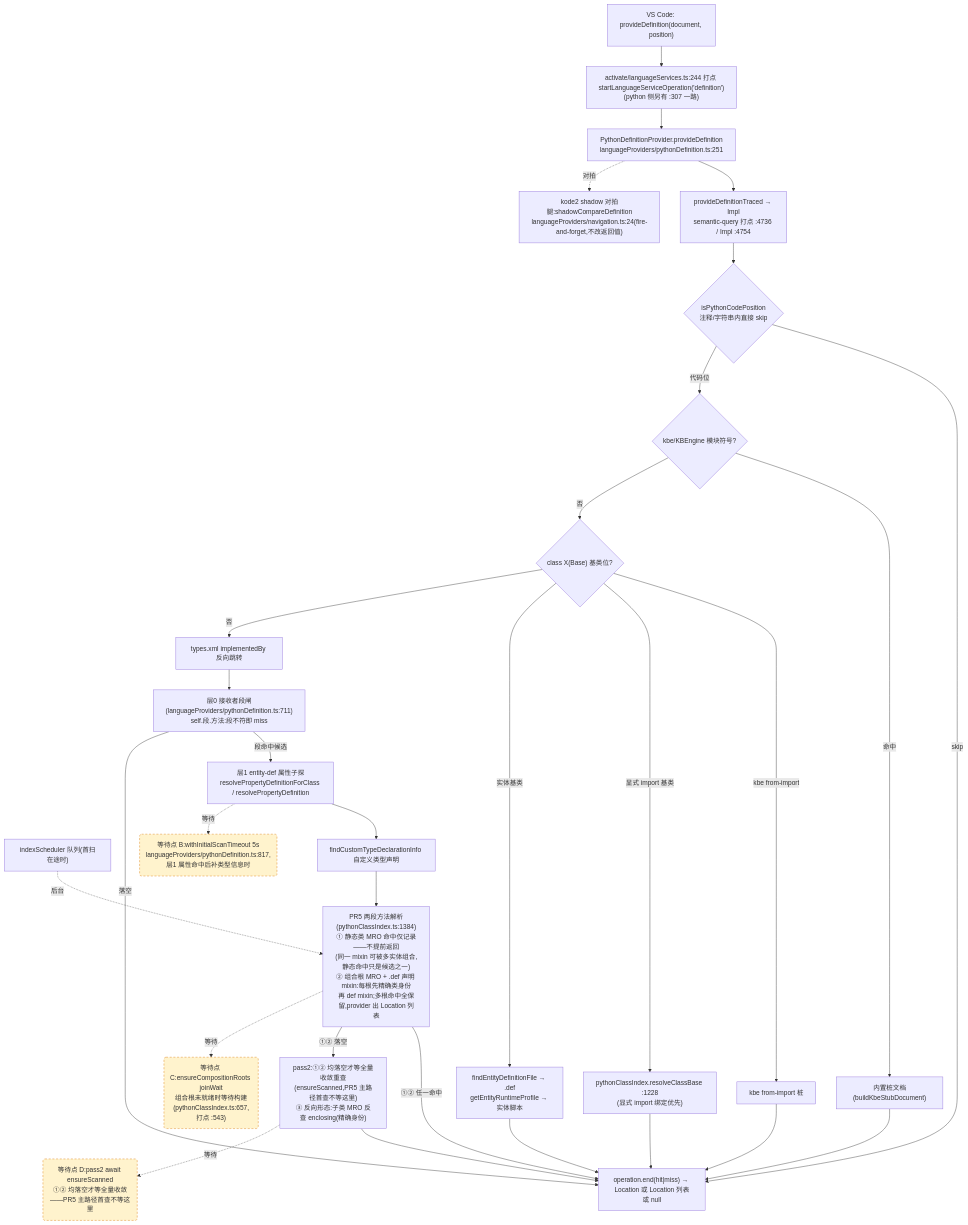
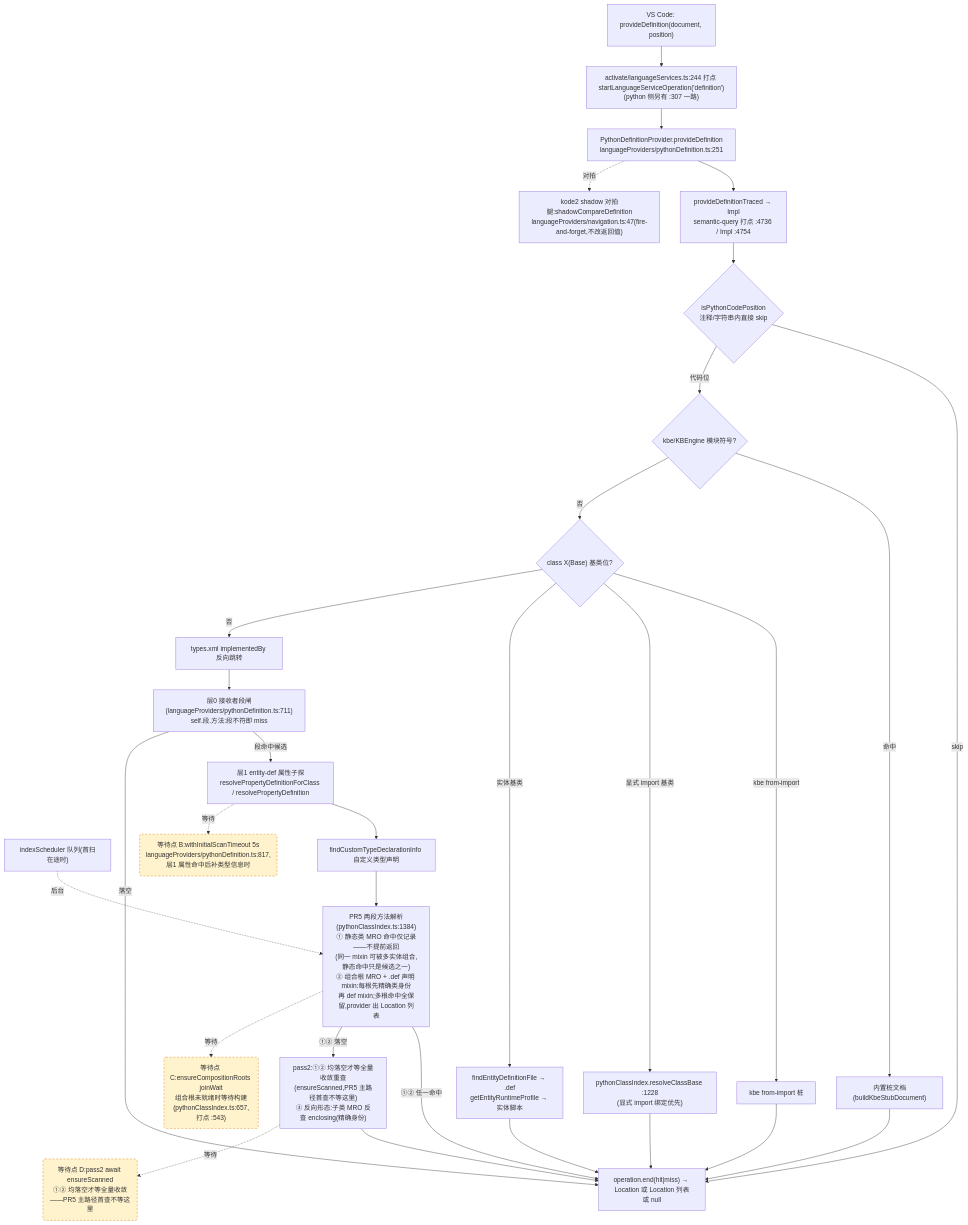
One commit to cuihairu/kode changed the second of 4 diagrams in docs/perf/2026-baseline.md. Above: the diagram before and after it, drawn with Mermaid. The commit also changed other lines of this file and 9 other files, not shown here.

````diff
--- a/docs/perf/2026-baseline.md
+++ b/docs/perf/2026-baseline.md
@@ -130,51 +130,51 @@
 ```mermaid
 flowchart TD
   VC2["VS Code: provideDefinition(document, position)"]
   M2["activate/languageServices.ts:244 打点 startLanguageServiceOperation('definition')<br/>(python 侧另有 :307 一路)"]
   AD2["PythonDefinitionProvider.provideDefinition<br/>languageProviders/pythonDefinition.ts:251"]
   TR["provideDefinitionTraced → Impl<br/>semantic-query 打点 :4736 / Impl :4754"]
   CTX{"isPythonCodePosition<br/>注释/字符串内直接 skip"}
   KBE{"kbe/KBEngine 模块符号?"}
   STUB["内置桩文档(buildKbeStubDocument)"]
   CB{"class X(Base) 基类位?"}
   CB1["kbe from-import 桩"]
   CB2["pythonClassIndex.resolveClassBase :1228<br/>(显式 import 绑定优先)"]
   CB3["findEntityDefinitionFile → .def<br/>getEntityRuntimeProfile → 实体脚本"]
   REV["types.xml implementedBy 反向跳转"]
   L0["层0 接收者段闸(languageProviders/pythonDefinition.ts:711)<br/>self.段.方法:段不符即 miss"]
   L1["层1 entity-def 属性子探<br/>resolvePropertyDefinitionForClass / resolvePropertyDefinition"]
   SCAN["indexScheduler 队列(首扫在途时)"]
   TY["findCustomTypeDeclarationInfo 自定义类型声明"]
   MRO["PR5 两段方法解析(pythonClassIndex.ts:1384)<br/>① 静态类 MRO 命中仅记录——不提前返回<br/>(同一 mixin 可被多实体组合,静态命中只是候选之一)<br/>② 组合根 MRO + .def 声明 mixin:每根先精确类身份<br/>再 def mixin;多根命中全保留,provider 出 Location 列表"]
   PASS2["pass2:①② 均落空才等全量收敛重查<br/>(ensureScanned,PR5 主路径首查不等这里)<br/>③ 反向形态:子类 MRO 反查 enclosing(精确身份)"]
-  SHD["kode2 shadow 对拍腿:shadowCompareDefinition<br/>languageProviders/navigation.ts:24(fire-and-forget,不改返回值)"]
+  SHD["kode2 shadow 对拍腿:shadowCompareDefinition<br/>languageProviders/navigation.ts:47(fire-and-forget,不改返回值)"]
   END2["operation.end(hit|miss) → Location 或 Location 列表或 null"]
 
   VC2 --> M2 --> AD2 --> TR --> CTX
   CTX -- "skip" --> END2
   CTX -- "代码位" --> KBE
   KBE -- "命中" --> STUB --> END2
   KBE -- "否" --> CB
   CB -- "kbe from-import" --> CB1 --> END2
   CB -- "显式 import 基类" --> CB2 --> END2
   CB -- "实体基类" --> CB3 --> END2
   CB -- "否" --> REV --> L0
   L0 -- "段命中候选" --> L1
   L0 -- "落空" --> END2
   L1 --> TY
   TY --> MRO
   MRO -- "①② 任一命中" --> END2
   MRO -- "①② 落空" --> PASS2 --> END2
   AD2 -.->|对拍| SHD
 
   WAITB("等待点 B:withInitialScanTimeout 5s<br/>languageProviders/pythonDefinition.ts:817,层1 属性命中后补类型信息时")
   WAITC("等待点 C:ensureCompositionRoots joinWait<br/>组合根未就绪时等待构建(pythonClassIndex.ts:657,打点 :543)")
   WAITD("等待点 D:pass2 await ensureScanned<br/>①② 均落空才等全量收敛——PR5 主路径首查不等这里")
   L1 -.->|等待| WAITB
   MRO -.->|等待| WAITC
   PASS2 -.->|等待| WAITD
   SCAN -.->|后台| MRO
 
   classDef waitPoint fill:#fff3cd,stroke:#d97706,stroke-dasharray:5 4;
   class WAITB,WAITC,WAITD waitPoint;
 ```
````
